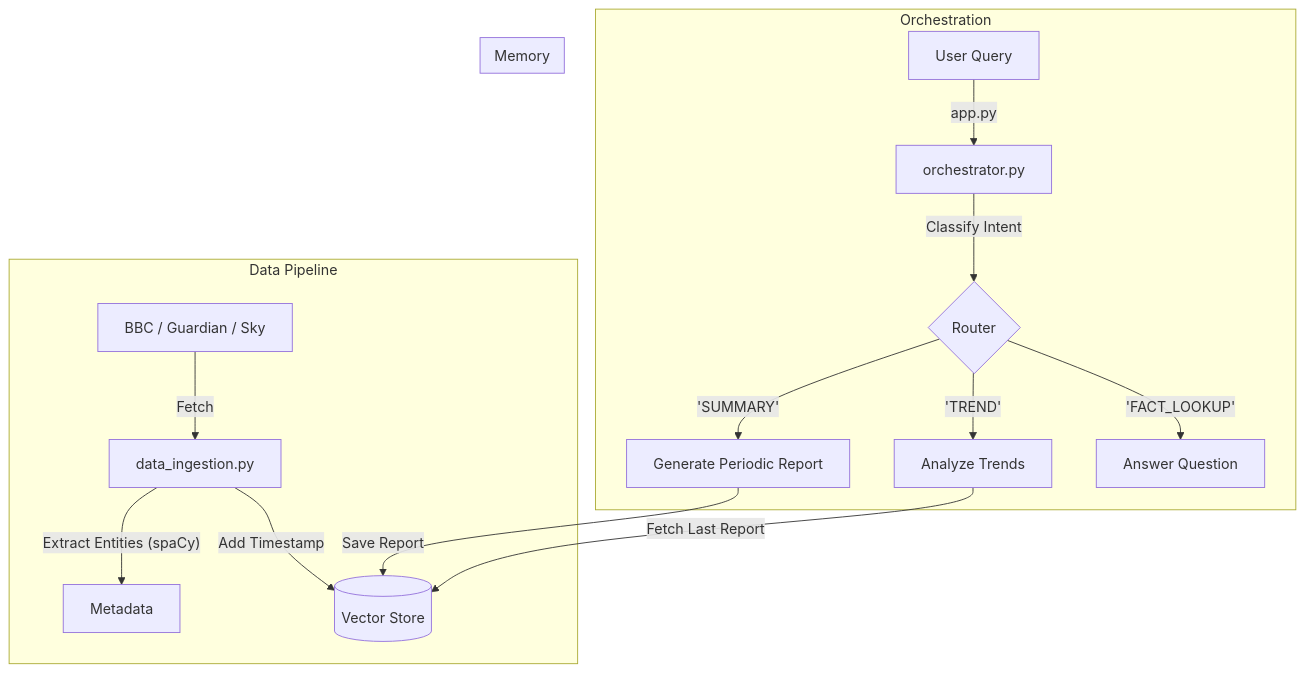
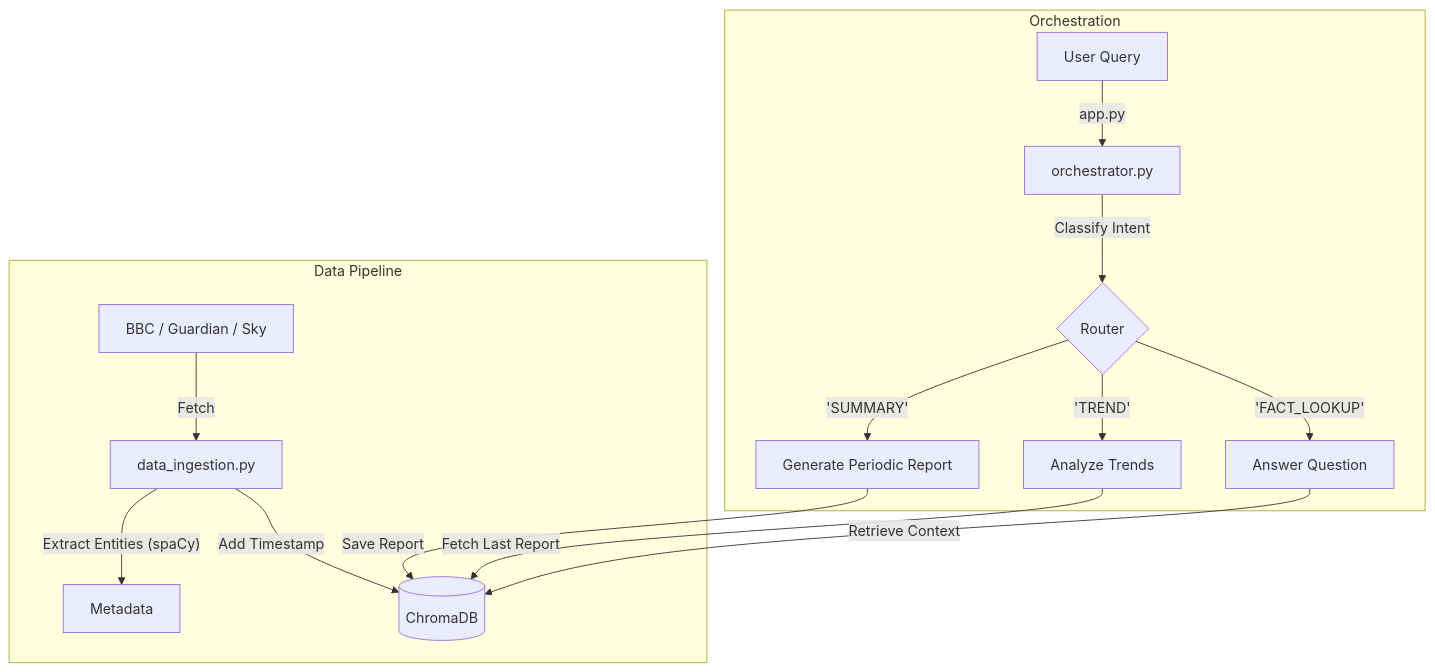
The diagram in README.md (a38062an/uk-econ-insight-agent), drawn with Mermaid before and after one commit.

Commit message:
docs: Update Mermaid diagram to specify ChromaDB as the vector store and add context retrieval flow.

````diff
--- a/README.md
+++ b/README.md
@@ -8,22 +8,20 @@
 ```mermaid
 graph TD
     subgraph Data Pipeline
         A[BBC / Guardian / Sky] -->|Fetch| B[data_ingestion.py]
         B -->|"Extract Entities (spaCy)"| C[Metadata]
         B -->|Add Timestamp| D[ChromaDB]
     end
 
     subgraph Orchestration
         E[User Query] -->|app.py| F[orchestrator.py]
         F -->|Classify Intent| G{Router}
         G -->|'SUMMARY'| H[Generate Periodic Report]
         G -->|'TREND'| I[Analyze Trends]
         G -->|'FACT_LOOKUP'| J[Answer Question]
     end
 
-    subgraph Memory
-        D[(Vector Store)]
-        H -->|Save Report| D
-        I -->|Fetch Last Report| D
-    end
+    H -->|Save Report| D[(ChromaDB)]
+    I -->|Fetch Last Report| D
+    J -->|Retrieve Context| D
 ```
````
